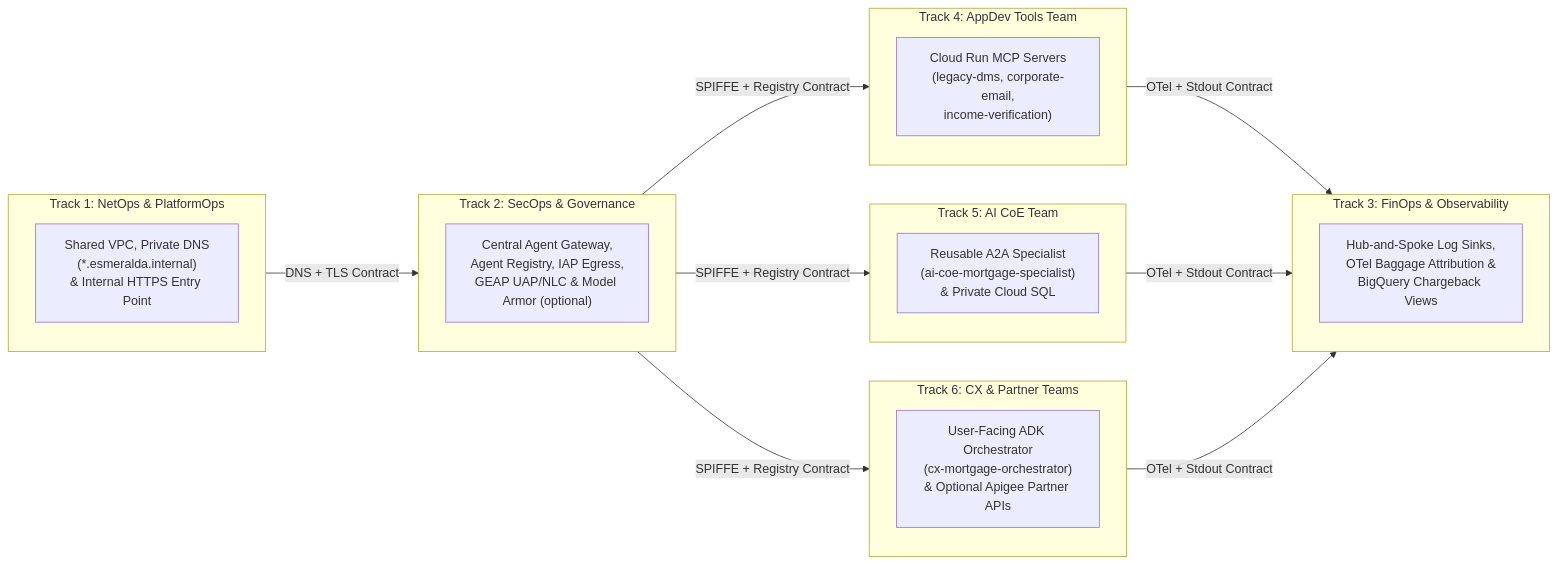
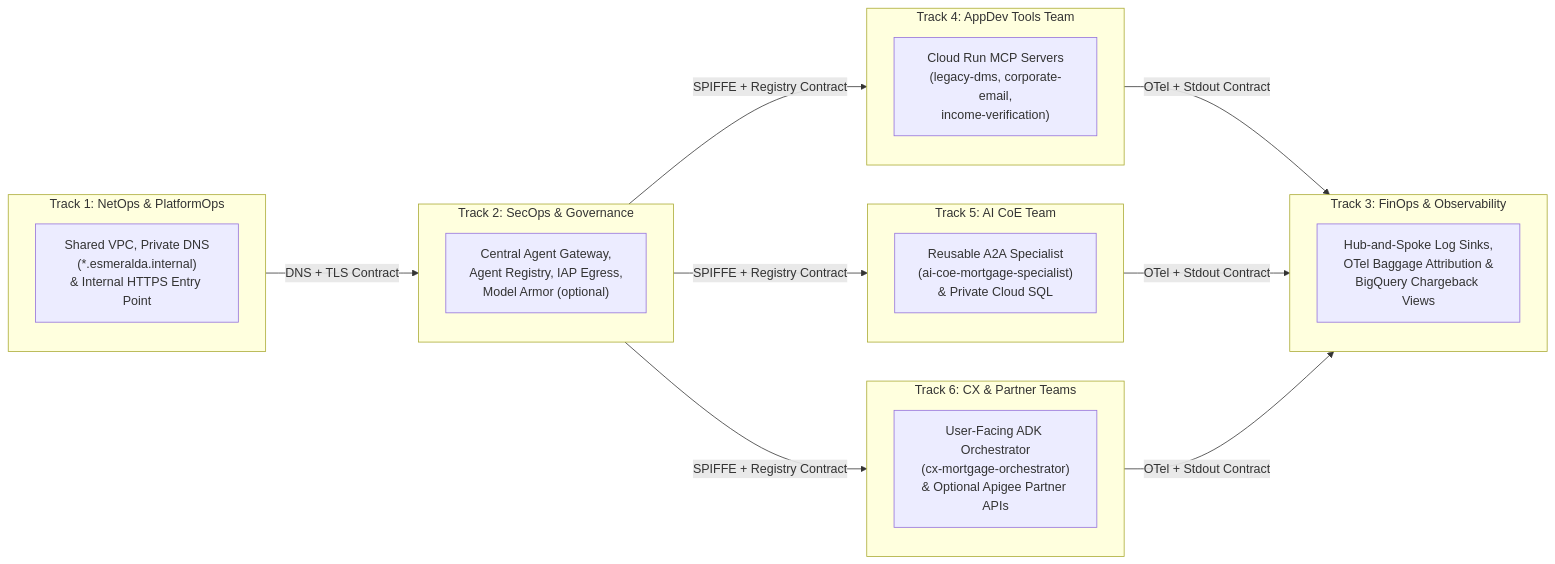
Before and after one commit to google/esmeralda: the first of 4 diagrams in docs/src/3-agentops-and-lifecycle/index.md, drawn with Mermaid. The commit also changed other lines of this file and 15 other files, not shown here.

````diff
--- a/docs/src/3-agentops-and-lifecycle/index.md
+++ b/docs/src/3-agentops-and-lifecycle/index.md
@@ -40,30 +40,30 @@
 ```mermaid
 flowchart LR
     subgraph Track1["Track 1: NetOps & PlatformOps"]
         T1["Shared VPC, Private DNS<br/>(*.esmeralda.internal)<br/>& Internal HTTPS Entry Point"]
     end
 
     subgraph Track2["Track 2: SecOps & Governance"]
-        T2["Central Agent Gateway,<br/>Agent Registry, IAP Egress,<br/>GEAP UAP/NLC & Model Armor (optional)"]
+        T2["Central Agent Gateway,<br/>Agent Registry, IAP Egress,<br/>Model Armor (optional)"]
     end
 
     subgraph Track3["Track 3: FinOps & Observability"]
         T3["Hub-and-Spoke Log Sinks,<br/>OTel Baggage Attribution &<br/>BigQuery Chargeback Views"]
     end
 
     subgraph Track4["Track 4: AppDev Tools Team"]
         T4["Cloud Run MCP Servers<br/>(legacy-dms, corporate-email,<br/>income-verification)"]
     end
 
     subgraph Track5["Track 5: AI CoE Team"]
         T5["Reusable A2A Specialist<br/>(ai-coe-mortgage-specialist)<br/>& Private Cloud SQL"]
     end
 
     subgraph Track6["Track 6: CX & Partner Teams"]
         T6["User-Facing ADK Orchestrator<br/>(cx-mortgage-orchestrator)<br/>& Optional Apigee Partner APIs"]
     end
 
     Track1 -->|"DNS + TLS Contract"| Track2
     Track2 -->|"SPIFFE + Registry Contract"| Track4 & Track5 & Track6
     Track4 & Track5 & Track6 -->|"OTel + Stdout Contract"| Track3
 ```
````
